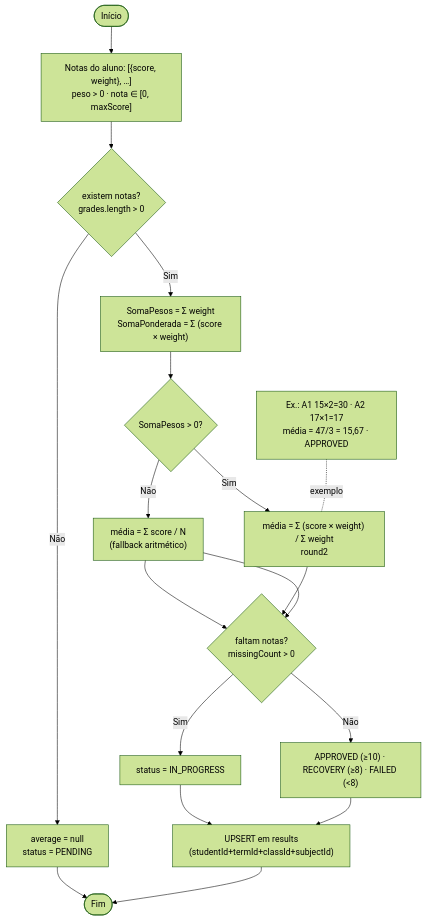
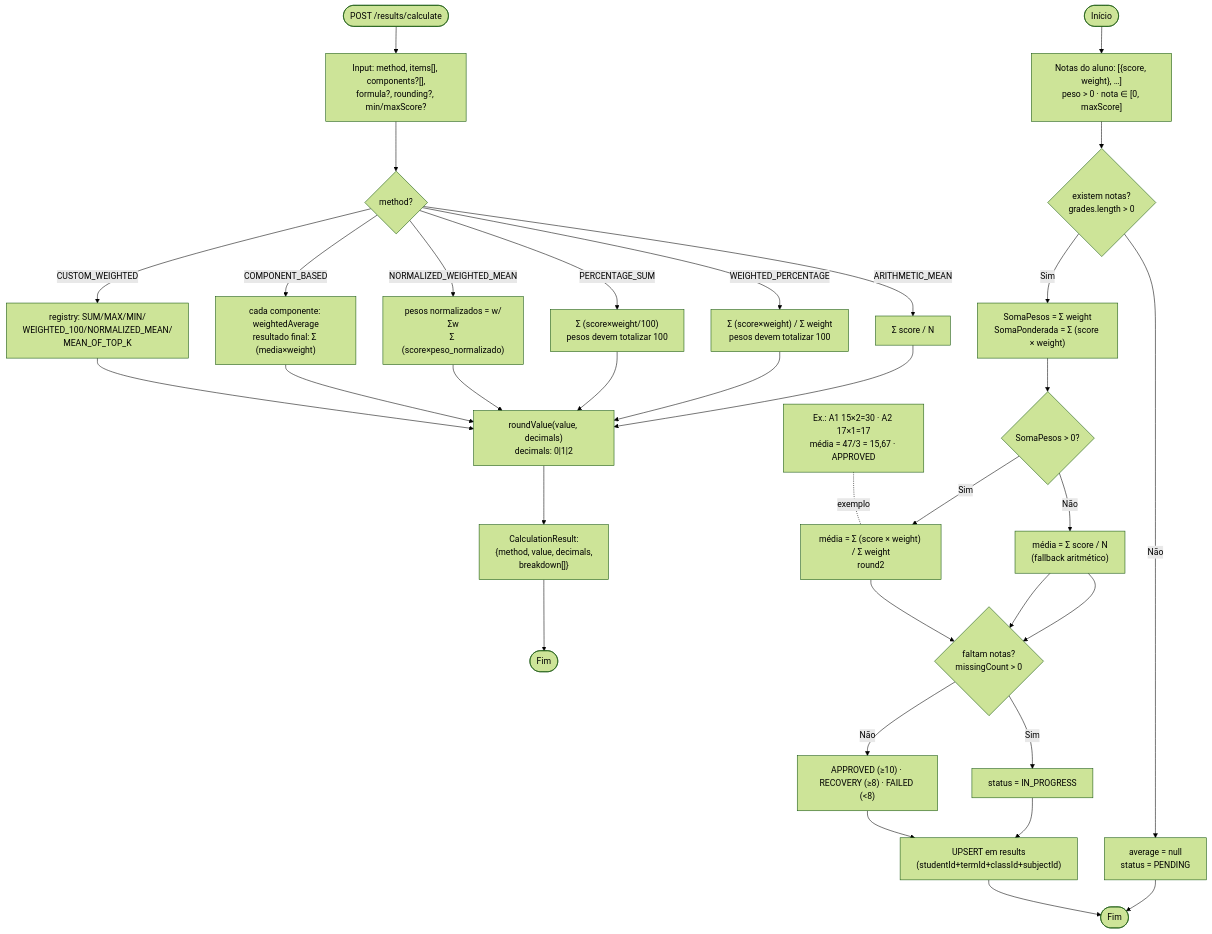
Before and after one commit to jocarelias/API-MODULO-3-AURA-JOCAR: the diagram in docs/diagrams/grade-calculation-flow.mmd, drawn with Mermaid (forest theme). The commit also changed 28 other files, not shown here.

Commit message:
feat: motor de cálculo de notas (6 métodos) + endpoints calculate/calculation-methods + docs/evidências

```diff
--- a/docs/diagrams/grade-calculation-flow.mmd
+++ b/docs/diagrams/grade-calculation-flow.mmd
@@ -1,17 +1,34 @@
 graph TD
     START([Início]) --> IN["Notas do aluno: [{score, weight}, …]<br/>peso > 0 · nota ∈ [0, maxScore]"]
     IN --> D1{existem notas?<br/>grades.length > 0}
     D1 -- Não --> PEND["average = null<br/>status = PENDING"] --> FIM([Fim])
     D1 -- Sim --> SUM["SomaPesos = Σ weight<br/>SomaPonderada = Σ (score × weight)"]
     SUM --> D2{SomaPesos > 0?}
     D2 -- Não --> ARIT["média = Σ score / N<br/>(fallback aritmético)"] --> STAT
     D2 -- Sim --> MED["média = Σ (score × weight) / Σ weight<br/>round2"]
     MED --> STAT{faltam notas?<br/>missingCount > 0}
     ARIT --> STAT
     STAT -- Sim --> INP["status = IN_PROGRESS"]
     STAT -- Não --> FINAL["APPROVED (≥10) · RECOVERY (≥8) · FAILED (<8)"]
     INP --> UPS["UPSERT em results<br/>(studentId+termId+classId+subjectId)"]
     FINAL --> UPS
     UPS --> FIM
 
     EX["Ex.: A1 15×2=30 · A2 17×1=17<br/>média = 47/3 = 15,67 · APPROVED"] -. exemplo .- MED
+
+    CALCEXT([POST /results/calculate]) --> CALCIN["Input: method, items[], components?[],<br/>formula?, rounding?, min/maxScore?"]
+    CALCIN --> CALCDISP{method?}
+    CALCDISP -- ARITHMETIC_MEAN --> AM["Σ score / N"]
+    CALCDISP -- WEIGHTED_PERCENTAGE --> WP["Σ (score×weight) / Σ weight<br/>pesos devem totalizar 100"]
+    CALCDISP -- PERCENTAGE_SUM --> PS["Σ (score×weight/100)<br/>pesos devem totalizar 100"]
+    CALCDISP -- NORMALIZED_WEIGHTED_MEAN --> NWM["pesos normalizados = w/Σw<br/>Σ (score×peso_normalizado)"]
+    CALCDISP -- COMPONENT_BASED --> CB["cada componente: weightedAverage<br/>resultado final: Σ (media×weight)"]
+    CALCDISP -- CUSTOM_WEIGHTED --> CW["registry: SUM/MAX/MIN/<br/>WEIGHTED_100/NORMALIZED_MEAN/<br/>MEAN_OF_TOP_K"]
+    AM --> ROUND["roundValue(value, decimals)<br/>decimals: 0|1|2"]
+    WP --> ROUND
+    PS --> ROUND
+    NWM --> ROUND
+    CB --> ROUND
+    CW --> ROUND
+    ROUND --> CALCOUT["CalculationResult:<br/>{method, value, decimals,<br/>breakdown[]}"]
+    CALCOUT --> CALCEND([Fim])
```
